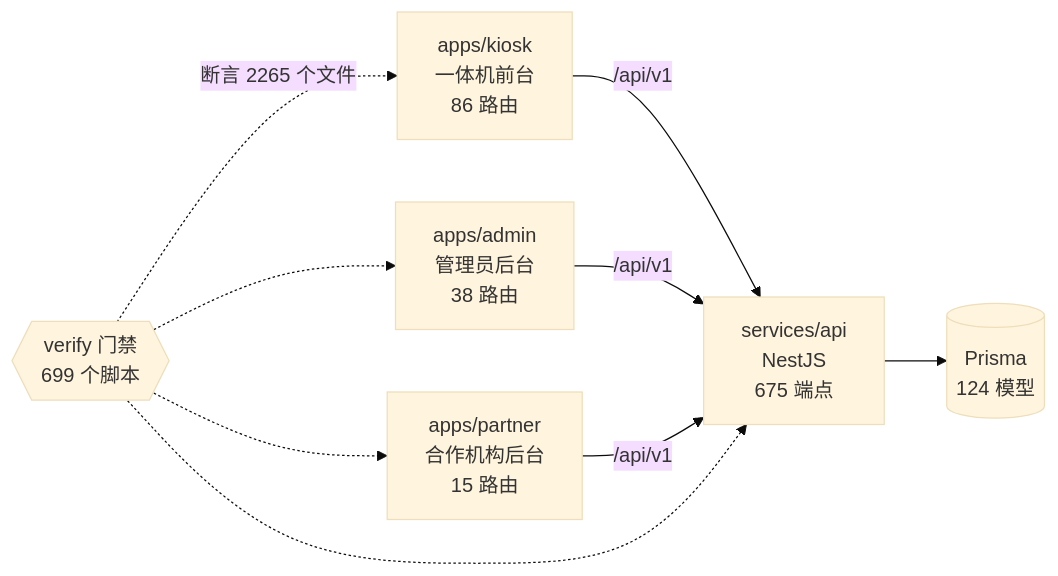
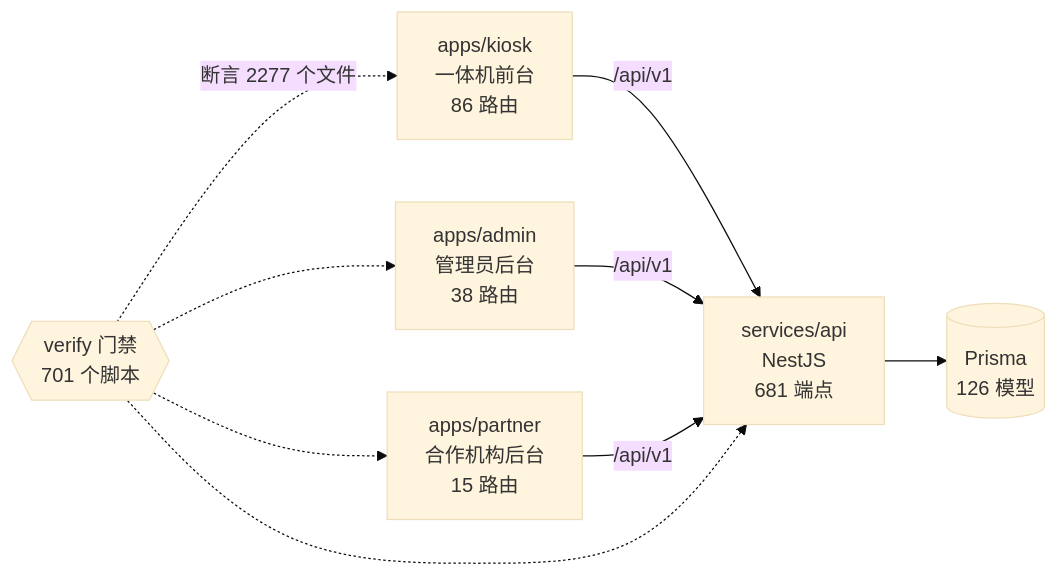
Before and after one commit to wanglei581/YITIJI: the diagram in docs/graph/README.md, drawn with Mermaid (base theme). The commit also changed other lines of this file and 10 other files, not shown here.

````diff
--- a/docs/graph/README.md
+++ b/docs/graph/README.md
@@ -68,18 +68,18 @@
 ```mermaid
 flowchart LR
   kiosk["apps/kiosk<br/>一体机前台<br/>86 路由"]
   admin["apps/admin<br/>管理员后台<br/>38 路由"]
   partner["apps/partner<br/>合作机构后台<br/>15 路由"]
-  api["services/api<br/>NestJS<br/>675 端点"]
-  db[("Prisma<br/>124 模型")]
-  gates{{"verify 门禁<br/>699 个脚本"}}
+  api["services/api<br/>NestJS<br/>681 端点"]
+  db[("Prisma<br/>126 模型")]
+  gates{{"verify 门禁<br/>701 个脚本"}}
 
   kiosk -->|"/api/v1"| api
   admin -->|"/api/v1"| api
   partner -->|"/api/v1"| api
   api --> db
-  gates -.->|"断言 2265 个文件"| kiosk
+  gates -.->|"断言 2277 个文件"| kiosk
   gates -.-> admin
   gates -.-> partner
   gates -.-> api
 ```
````
